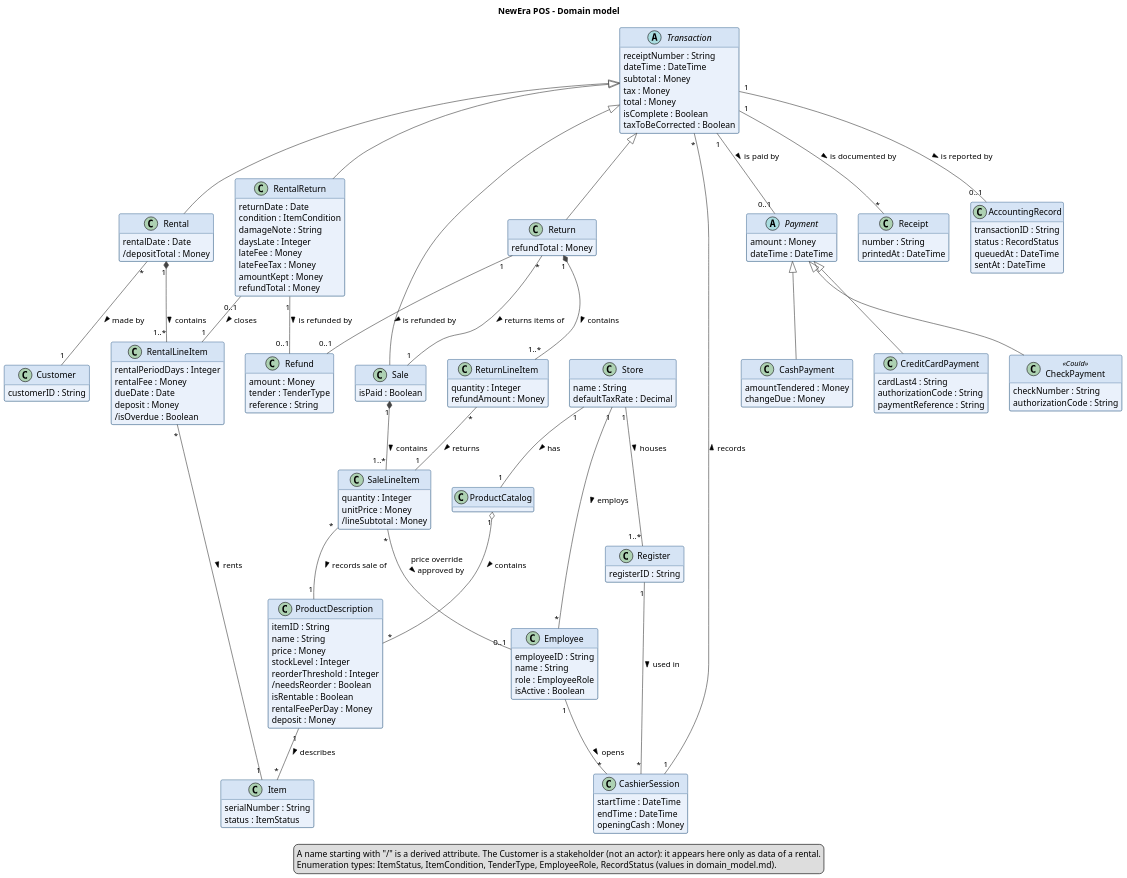
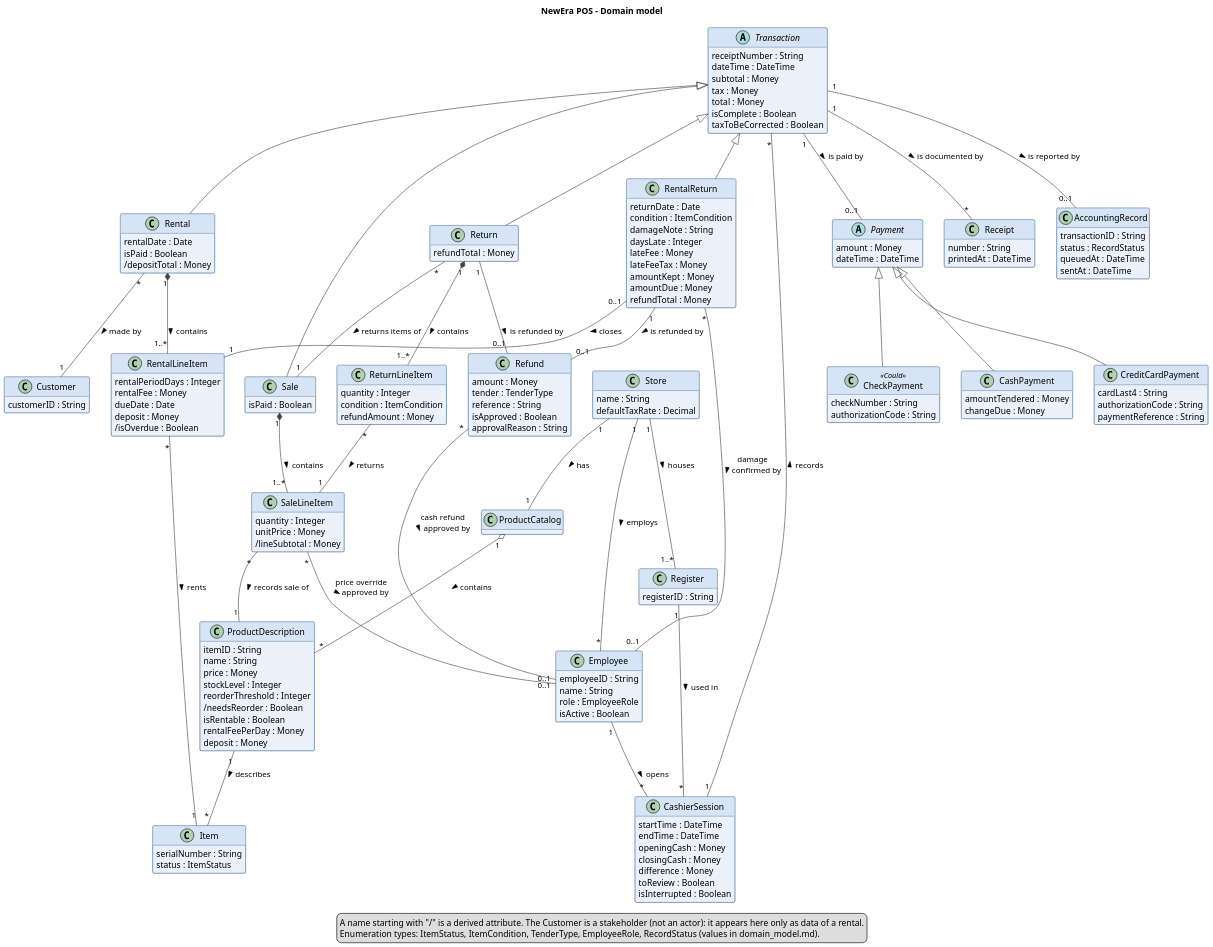
Before and after one commit to bhsei/26D: the diagram in assets/domain_model.puml, drawn with PlantUML. The commit also changed 2 other files, not shown here.

```diff
--- a/assets/domain_model.puml
+++ b/assets/domain_model.puml
@@ -41,10 +41,12 @@
 }
 class ReturnLineItem {
   quantity : Integer
+  condition : ItemCondition
   refundAmount : Money
 }
 class Rental {
   rentalDate : Date
+  isPaid : Boolean
   /depositTotal : Money
 }
 class RentalLineItem {
@@ -62,6 +64,7 @@
   lateFee : Money
   lateFeeTax : Money
   amountKept : Money
+  amountDue : Money
   refundTotal : Money
 }
 
@@ -102,6 +105,10 @@
   startTime : DateTime
   endTime : DateTime
   openingCash : Money
+  closingCash : Money
+  difference : Money
+  toReview : Boolean
+  isInterrupted : Boolean
 }
 
 abstract class Payment {
@@ -125,6 +132,8 @@
   amount : Money
   tender : TenderType
   reference : String
+  isApproved : Boolean
+  approvalReason : String
 }
 
 class Receipt {
@@ -180,6 +189,8 @@
 Transaction "1" -- "0..1" Payment : is paid by >
 Return "1" -- "0..1" Refund : is refunded by >
 RentalReturn "1" -- "0..1" Refund : is refunded by >
+RentalReturn "*" -- "0..1" Employee : damage\nconfirmed by >
+Refund "*" -- "0..1" Employee : cash refund\napproved by >
 
 ' Documents and accounting
 Transaction "1" -- "*" Receipt : is documented by >
```
